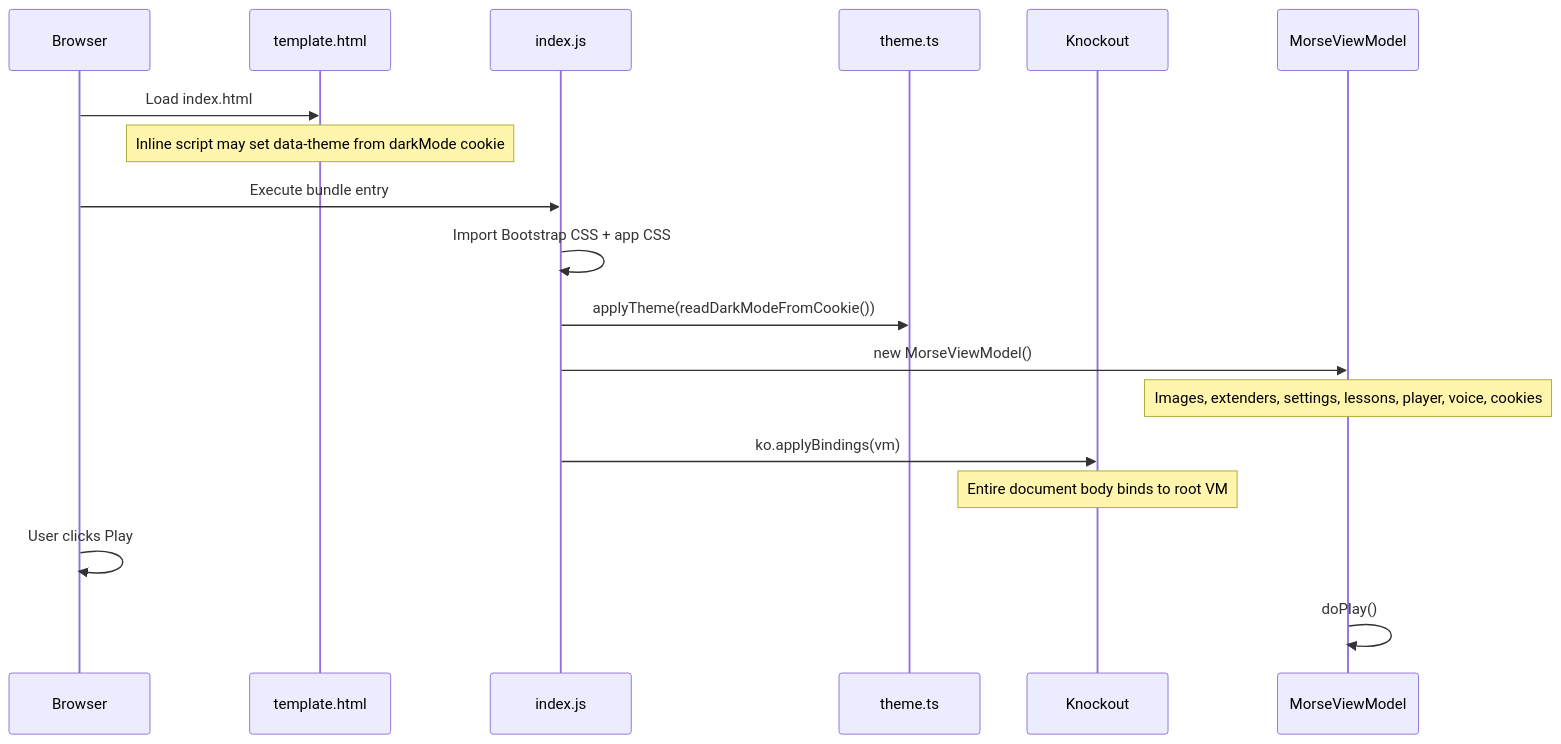
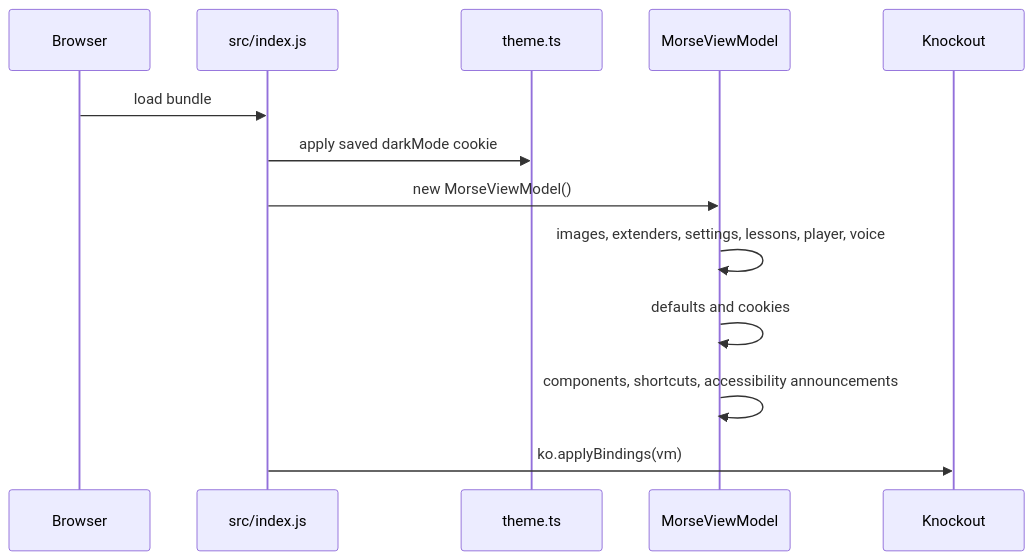
Before and after one commit to LongIslandCW/morsebrowser: the second of 4 diagrams in docs/DEVELOPER_GUIDE.md, drawn with Mermaid. The commit also changed other lines of this file and 14 other files, not shown here.

Commit message:
Enhance playback controls with keyboard shortcuts for play, pause, and stop functionality. Update the MorseViewModel to manage playback state and focus behavior. Adjust tests to validate new shortcut interactions and ensure consistent playback control visibility.

````diff
--- a/docs/DEVELOPER_GUIDE.md
+++ b/docs/DEVELOPER_GUIDE.md
@@ -80,21 +57,16 @@
 ```mermaid
 sequenceDiagram
   participant Browser
-  participant HTML as template.html
-  participant Index as index.js
+  participant Entry as src/index.js
   participant Theme as theme.ts
+  participant VM as MorseViewModel
   participant KO as Knockout
-  participant VM as MorseViewModel
 
-  Browser->>HTML: Load index.html
-  Note over HTML: Inline script may set data-theme from darkMode cookie
-  Browser->>Index: Execute bundle entry
-  Index->>Index: Import Bootstrap CSS + app CSS
-  Index->>Theme: applyTheme(readDarkModeFromCookie())
-  Index->>VM: new MorseViewModel()
-  Note over VM: Images, extenders, settings, lessons, player, voice, cookies
-  Index->>KO: ko.applyBindings(vm)
-  Note over KO: Entire document body binds to root VM
-  Browser->>Browser: User clicks Play
-  VM->>VM: doPlay()
+  Browser->>Entry: load bundle
+  Entry->>Theme: apply saved darkMode cookie
+  Entry->>VM: new MorseViewModel()
+  VM->>VM: images, extenders, settings, lessons, player, voice
+  VM->>VM: defaults and cookies
+  VM->>VM: components, shortcuts, accessibility announcements
+  Entry->>KO: ko.applyBindings(vm)
 ```
````
